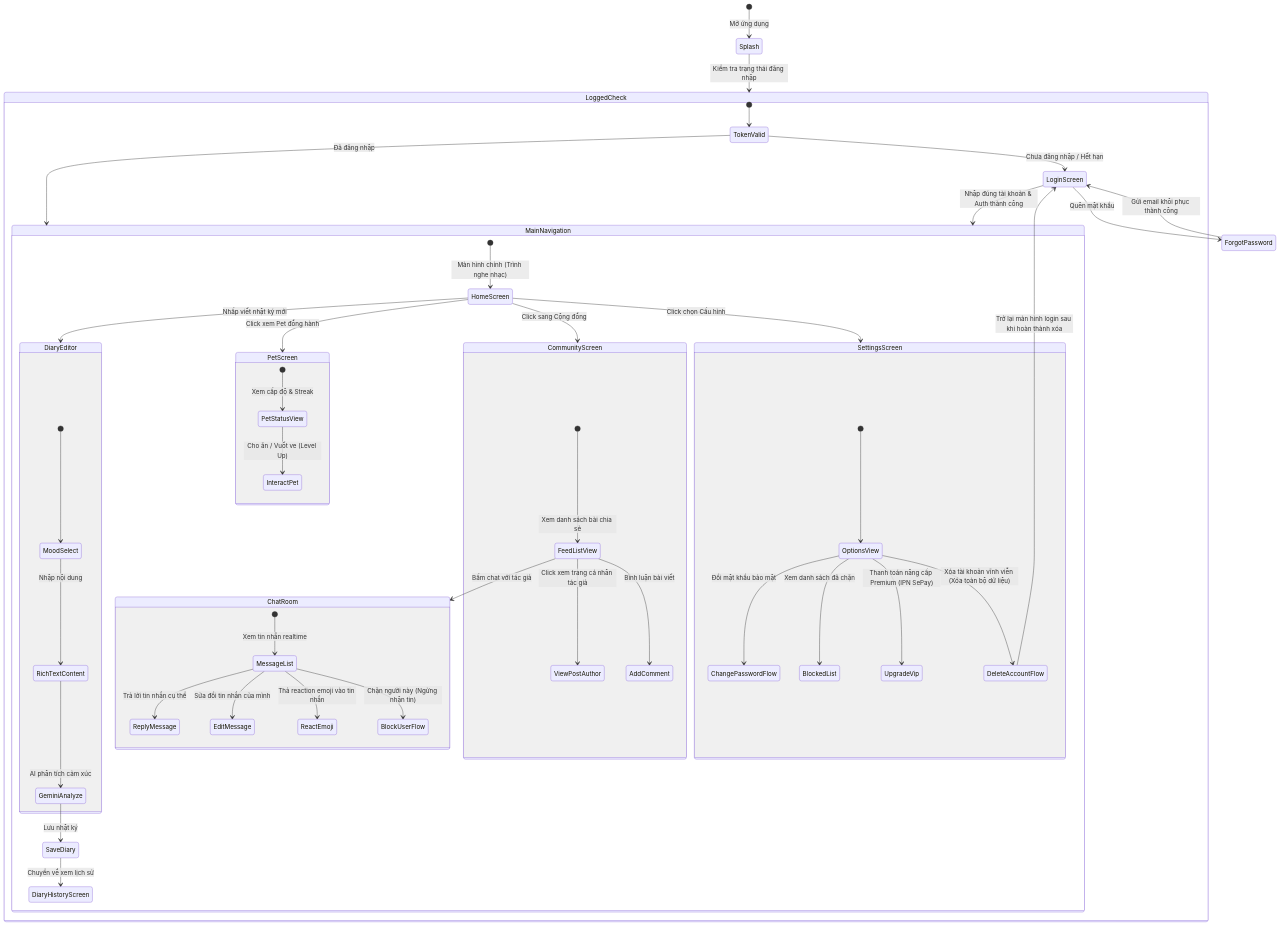
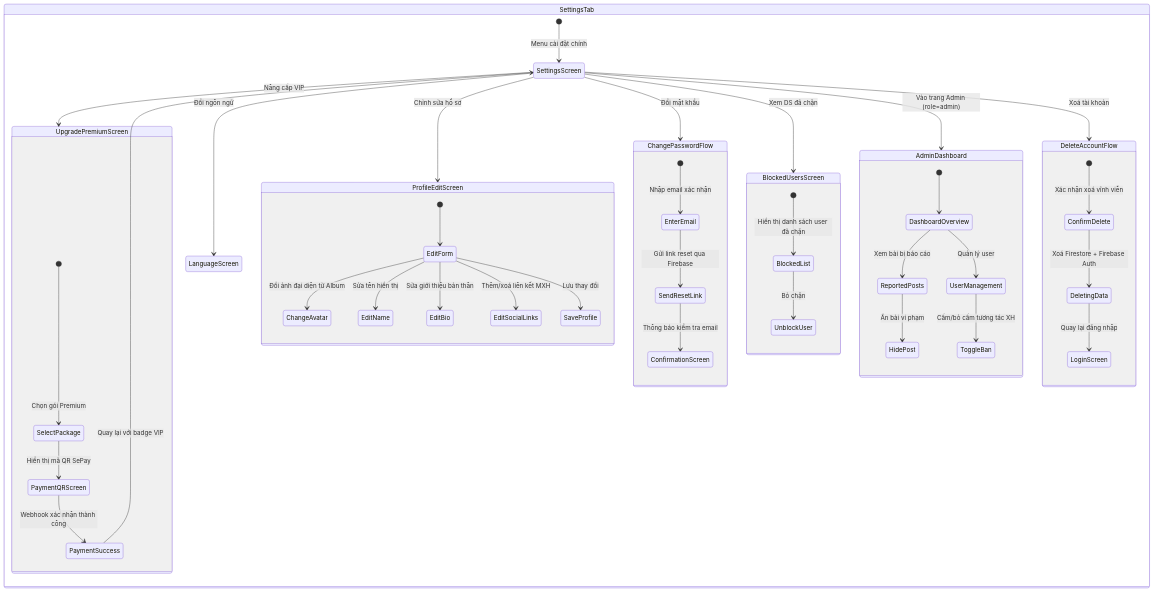
Before and after one commit to Truong102006/App-Mobilee-SE114: diagram 15 of 15 in final_report.md, drawn with Mermaid. The commit also changed other lines of this file and 5 other files, not shown here.

````diff
--- a/final_report.md
+++ b/final_report.md
@@ -256,61 +889,54 @@
 ```mermaid
 stateDiagram-v2
-    [*] --> Splash : Mở ứng dụng
-    Splash --> LoggedCheck : Kiểm tra trạng thái đăng nhập
-    
-    state LoggedCheck {
-        [*] --> TokenValid
-        TokenValid --> MainNavigation : Đã đăng nhập
-        TokenValid --> LoginScreen : Chưa đăng nhập / Hết hạn
-    }
+    state SettingsTab {
+        [*] --> SettingsScreen : Menu cài đặt chính
 
-    LoginScreen --> MainNavigation : Nhập đúng tài khoản & Auth thành công
-    LoginScreen --> ForgotPassword : Quên mật khẩu
-    ForgotPassword --> LoginScreen : Gửi email khôi phục thành công
-
-    state MainNavigation {
-        [*] --> HomeScreen : Màn hình chính (Trình nghe nhạc)
-        
-        HomeScreen --> DiaryEditor : Nhấp viết nhật ký mới
-        state DiaryEditor {
-            [*] --> MoodSelect
-            MoodSelect --> RichTextContent : Nhập nội dung
-            RichTextContent --> GeminiAnalyze : AI phân tích cảm xúc
-            GeminiAnalyze --> SaveDiary : Lưu nhật ký
-        }
-        SaveDiary --> DiaryHistoryScreen : Chuyển về xem lịch sử
-        
-        HomeScreen --> PetScreen : Click xem Pet đồng hành
-        state PetScreen {
-            [*] --> PetStatusView : Xem cấp độ & Streak
-            PetStatusView --> InteractPet : Cho ăn / Vuốt ve (Level Up)
+        SettingsScreen --> ProfileEditScreen : Chỉnh sửa hồ sơ
+        state ProfileEditScreen {
+            [*] --> EditForm
+            EditForm --> ChangeAvatar : Đổi ảnh đại diện từ Album
+            EditForm --> EditName : Sửa tên hiển thị
+            EditForm --> EditBio : Sửa giới thiệu bản thân
+            EditForm --> EditSocialLinks : Thêm/xoá liên kết MXH
+            EditForm --> SaveProfile : Lưu thay đổi
         }
 
-        HomeScreen --> CommunityScreen : Click sang Cộng đồng
-        state CommunityScreen {
-            [*] --> FeedListView : Xem danh sách bài chia sẻ
-            FeedListView --> ViewPostAuthor : Click xem trang cá nhân tác giả
-            FeedListView --> AddComment : Bình luận bài viết
-            FeedListView --> ChatRoom : Bấm chat với tác giả
+        SettingsScreen --> ChangePasswordFlow : Đổi mật khẩu
+        state ChangePasswordFlow {
+            [*] --> EnterEmail : Nhập email xác nhận
+            EnterEmail --> SendResetLink : Gửi link reset qua Firebase
+            SendResetLink --> ConfirmationScreen : Thông báo kiểm tra email
         }
 
-        state ChatRoom {
-            [*] --> MessageList : Xem tin nhắn realtime
-            MessageList --> ReplyMessage : Trả lời tin nhắn cụ thể
-            MessageList --> EditMessage : Sửa đổi tin nhắn của mình
-            MessageList --> ReactEmoji : Thả reaction emoji vào tin nhắn
-            MessageList --> BlockUserFlow : Chặn người này (Ngừng nhận tin)
+        SettingsScreen --> BlockedUsersScreen : Xem DS đã chặn
+        state BlockedUsersScreen {
+            [*] --> BlockedList : Hiển thị danh sách user đã chặn
+            BlockedList --> UnblockUser : Bỏ chặn
         }
 
-        HomeScreen --> SettingsScreen : Click chọn Cấu hình
-        state SettingsScreen {
-            [*] --> OptionsView
-            OptionsView --> ChangePasswordFlow : Đổi mật khẩu bảo mật
-            OptionsView --> BlockedList : Xem danh sách đã chặn
-            OptionsView --> UpgradeVip : Thanh toán nâng cấp Premium (IPN SePay)
-            OptionsView --> DeleteAccountFlow : Xóa tài khoản vĩnh viễn (Xóa toàn bộ dữ liệu)
+        SettingsScreen --> UpgradePremiumScreen : Nâng cấp VIP
+        state UpgradePremiumScreen {
+            [*] --> SelectPackage : Chọn gói Premium
+            SelectPackage --> PaymentQRScreen : Hiển thị mã QR SePay
+            PaymentQRScreen --> PaymentSuccess : Webhook xác nhận thành công
+            PaymentSuccess --> SettingsScreen : Quay lại với badge VIP
+        }
+
+        SettingsScreen --> LanguageScreen : Đổi ngôn ngữ
+        SettingsScreen --> AdminDashboard : Vào trang Admin (role=admin)
+        state AdminDashboard {
+            [*] --> DashboardOverview
+            DashboardOverview --> ReportedPosts : Xem bài bị báo cáo
+            ReportedPosts --> HidePost : Ẩn bài vi phạm
+            DashboardOverview --> UserManagement : Quản lý user
+            UserManagement --> ToggleBan : Cấm/bỏ cấm tương tác XH
+        }
+
+        SettingsScreen --> DeleteAccountFlow : Xoá tài khoản
+        state DeleteAccountFlow {
+            [*] --> ConfirmDelete : Xác nhận xoá vĩnh viễn
+            ConfirmDelete --> DeletingData : Xoá Firestore + Firebase Auth
+            DeletingData --> LoginScreen : Quay lại đăng nhập
         }
     }
-
-    DeleteAccountFlow --> LoginScreen : Trở lại màn hình login sau khi hoàn thành xóa
 ```
````
